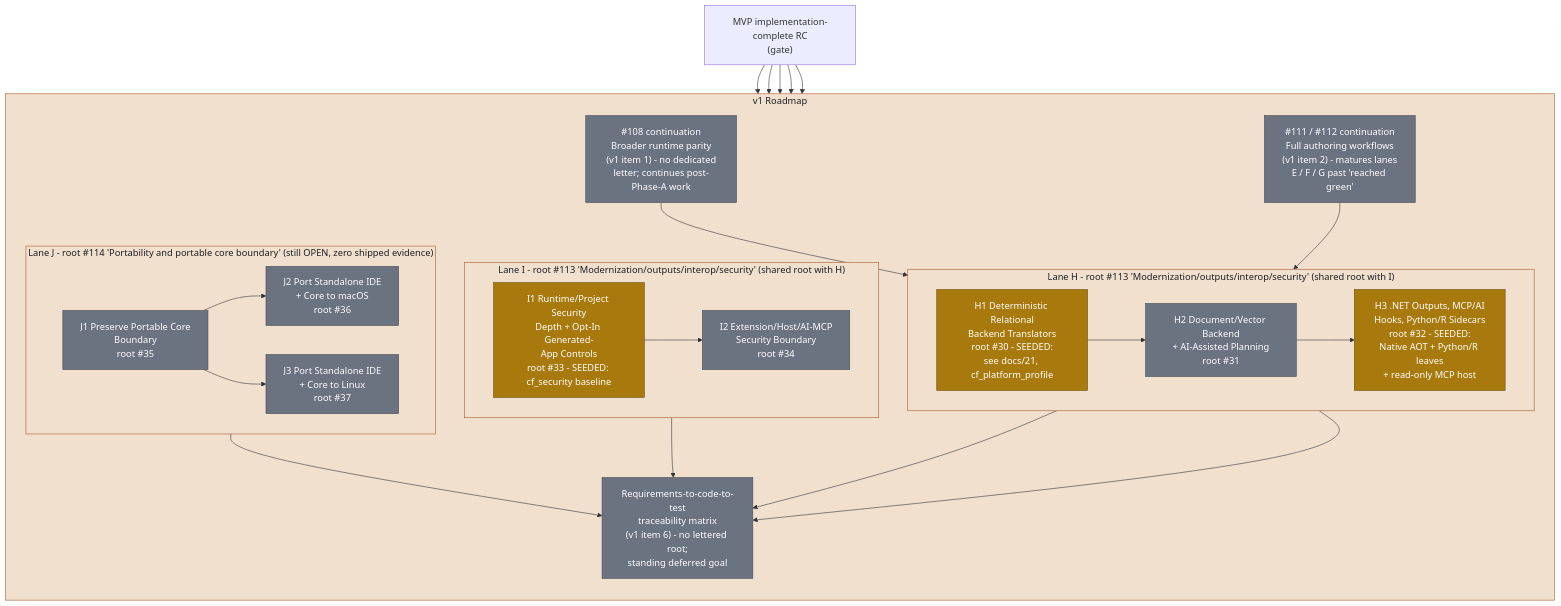
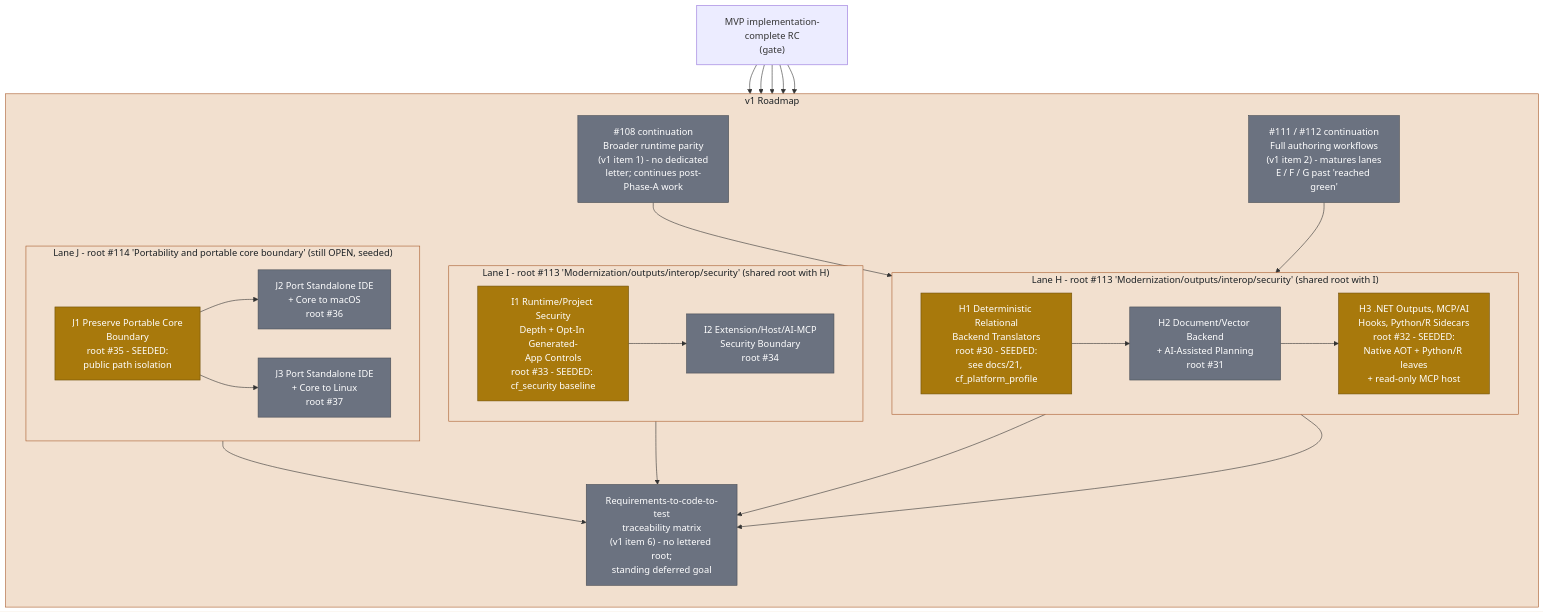
The diagram in docs/diagrams/roadmap-v1-lanes-hij.md (rhamenator/Project-Copperfin), drawn with Mermaid before and after one commit. The commit also changed other lines of this file and 16 other files, not shown here.

Commit message:
Isolate portable public path boundary

````diff
--- a/docs/diagrams/roadmap-v1-lanes-hij.md
+++ b/docs/diagrams/roadmap-v1-lanes-hij.md
@@ -10,60 +10,60 @@
 ```mermaid
 flowchart TB
     classDef partial fill:#a8790c,stroke:#6e4f07,color:#ffffff,stroke-width:1px;
     classDef planned fill:#6b7280,stroke:#484d54,color:#ffffff,stroke-width:1px;
     classDef lane fill:#f2e0cf,stroke:#a85a2a,color:#1b2024,stroke-width:1px;
 
     MVP["MVP implementation-complete RC<br/>(gate)"]
 
     subgraph V1["v1 Roadmap"]
       direction TB
 
       CONT1["#108 continuation<br/>Broader runtime parity<br/>(v1 item 1) - no dedicated<br/>letter; continues post-Phase-A work"]
       CONT2["#111 / #112 continuation<br/>Full authoring workflows<br/>(v1 item 2) - matures lanes<br/>E / F / G past 'reached green'"]
 
       subgraph LANEH["Lane H - root #113 'Modernization/outputs/interop/security' (shared root with I)"]
         direction LR
         H1["H1 Deterministic Relational<br/>Backend Translators<br/>root #30 - SEEDED:<br/>see docs/21, cf_platform_profile"]
         H2["H2 Document/Vector Backend<br/>+ AI-Assisted Planning<br/>root #31"]
         H3["H3 .NET Outputs, MCP/AI<br/>Hooks, Python/R Sidecars<br/>root #32 - SEEDED:<br/>Native AOT + Python/R leaves<br/>+ read-only MCP host"]
         H1 --> H2 --> H3
       end
 
       subgraph LANEI["Lane I - root #113 'Modernization/outputs/interop/security' (shared root with H)"]
         direction LR
         I1["I1 Runtime/Project Security<br/>Depth + Opt-In Generated-<br/>App Controls<br/>root #33 - SEEDED: cf_security baseline"]
         I2["I2 Extension/Host/AI-MCP<br/>Security Boundary<br/>root #34"]
         I1 --> I2
       end
 
-      subgraph LANEJ["Lane J - root #114 'Portability and portable core boundary' (still OPEN, zero shipped evidence)"]
+      subgraph LANEJ["Lane J - root #114 'Portability and portable core boundary' (still OPEN, seeded)"]
         direction LR
-        J1["J1 Preserve Portable Core<br/>Boundary<br/>root #35"]
+        J1["J1 Preserve Portable Core<br/>Boundary<br/>root #35 - SEEDED:<br/>public path isolation"]
         J2["J2 Port Standalone IDE<br/>+ Core to macOS<br/>root #36"]
         J3["J3 Port Standalone IDE<br/>+ Core to Linux<br/>root #37"]
         J1 --> J2
         J1 --> J3
       end
 
       TRACE["Requirements-to-code-to-test<br/>traceability matrix<br/>(v1 item 6) - no lettered root;<br/>standing deferred goal"]
     end
 
     MVP --> CONT1
     MVP --> CONT2
     MVP --> LANEH
     MVP --> LANEI
     MVP --> LANEJ
     CONT1 --> H1
     CONT2 --> H3
     H1 --> TRACE
     H3 --> TRACE
     I2 --> TRACE
     J1 --> TRACE
 
     class CONT1,CONT2 planned;
-    class H1,H3,I1 partial;
+    class H1,H3,I1,J1 partial;
     class H2,I2 planned;
-    class J1,J2,J3 planned;
+    class J2,J3 planned;
     class TRACE planned;
     class V1,LANEH,LANEI,LANEJ lane;
 ```
````
